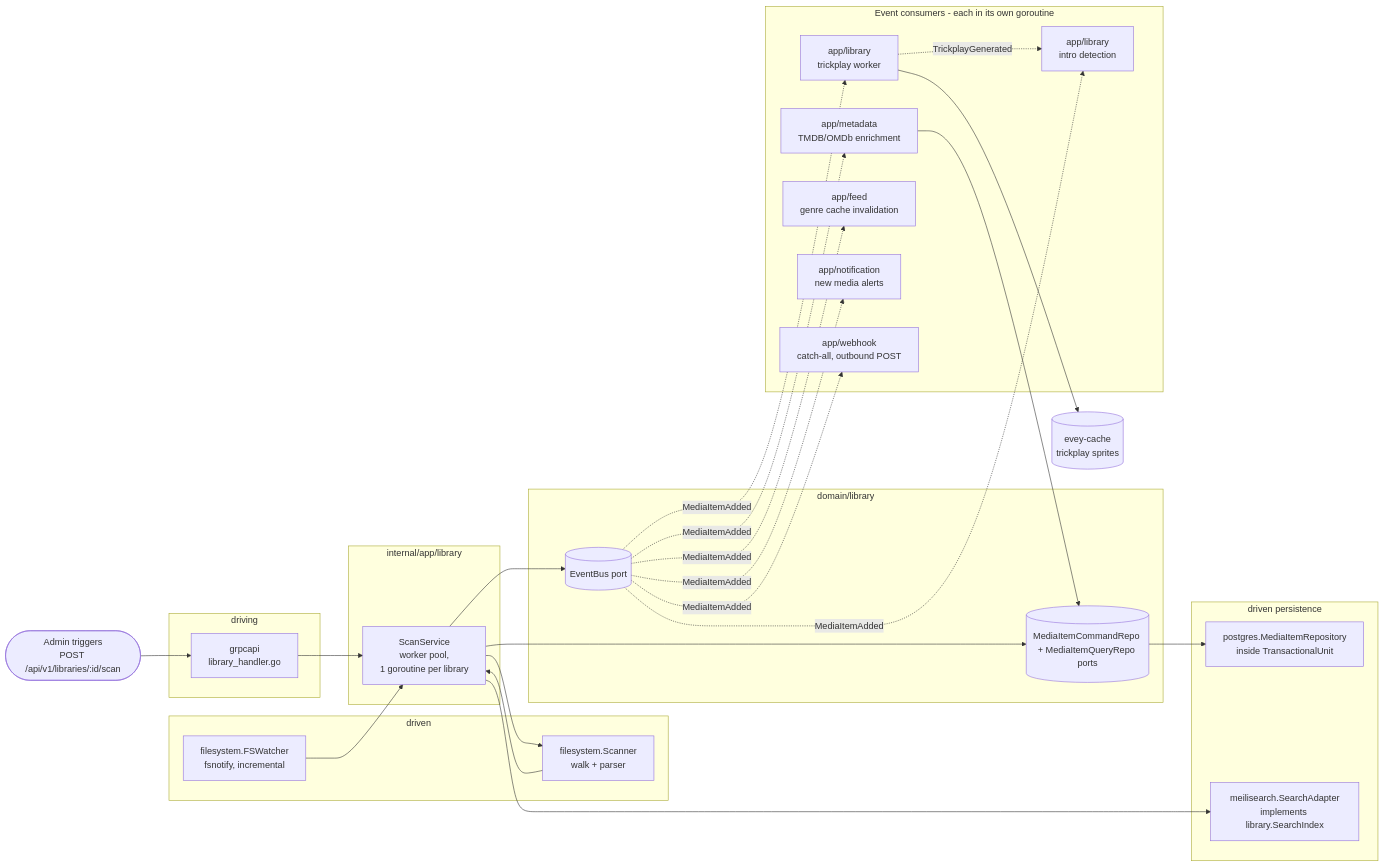
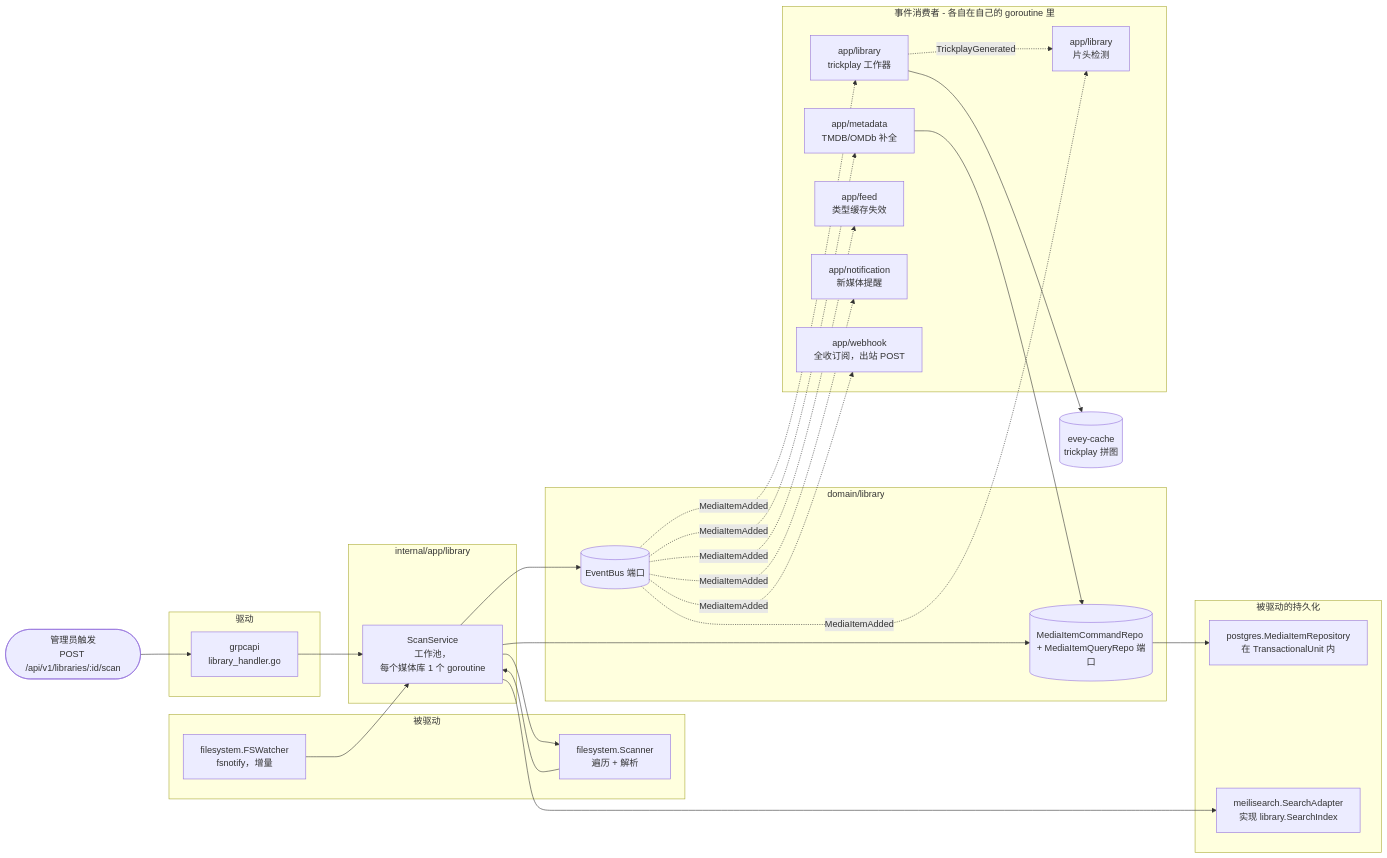
Before and after one commit to eveyproject/evey: the fifth of 5 diagrams in wiki/translations/zh/ARCHITECTURE.md, drawn with Mermaid. The commit also changed other lines of this file and 14 other files, not shown here.

````diff
--- a/wiki/translations/zh/ARCHITECTURE.md
+++ b/wiki/translations/zh/ARCHITECTURE.md
@@ -289,54 +327,54 @@
 ```mermaid
 flowchart LR
-    user([Admin triggers<br/>POST /api/v1/libraries/:id/scan])
+    user([管理员触发<br/>POST /api/v1/libraries/:id/scan])
 
-    subgraph driving2[driving]
+    subgraph driving2[驱动]
         h[grpcapi<br/>library_handler.go]
     end
 
     subgraph appLayer[internal/app/library]
-        svc[ScanService<br/>worker pool,<br/>1 goroutine per library]
+        svc[ScanService<br/>工作池，<br/>每个媒体库 1 个 goroutine]
     end
 
-    subgraph drivenScan[driven]
-        scanner[filesystem.Scanner<br/>walk + parser]
-        watcher[filesystem.FSWatcher<br/>fsnotify, incremental]
+    subgraph drivenScan[被驱动]
+        scanner[filesystem.Scanner<br/>遍历 + 解析]
+        watcher[filesystem.FSWatcher<br/>fsnotify，增量]
     end
 
     subgraph domainScan[domain/library]
-        repo[(MediaItemCommandRepo + MediaItemQueryRepo ports)]
-        bus[(EventBus port)]
+        repo[(MediaItemCommandRepo + MediaItemQueryRepo 端口)]
+        bus[(EventBus 端口)]
     end
 
-    subgraph persist[driven persistence]
-        pgrepo[postgres.MediaItemRepository<br/>inside TransactionalUnit]
-        searchidx[meilisearch.SearchAdapter<br/>implements library.SearchIndex]
+    subgraph persist[被驱动的持久化]
+        pgrepo[postgres.MediaItemRepository<br/>在 TransactionalUnit 内]
+        searchidx[meilisearch.SearchAdapter<br/>实现 library.SearchIndex]
     end
 
-    subgraph consumers[Event consumers - each in its own goroutine]
-        meta[app/metadata<br/>TMDB/OMDb enrichment]
-        trick[app/library<br/>trickplay worker]
-        intro[app/library<br/>intro detection]
-        feed[app/feed<br/>genre cache invalidation]
-        notif[app/notification<br/>new media alerts]
-        wh[app/webhook<br/>catch-all, outbound POST]
+    subgraph consumers[事件消费者 - 各自在自己的 goroutine 里]
+        meta[app/metadata<br/>TMDB/OMDb 补全]
+        trick[app/library<br/>trickplay 工作器]
+        intro[app/library<br/>片头检测]
+        feed[app/feed<br/>类型缓存失效]
+        notif[app/notification<br/>新媒体提醒]
+        wh[app/webhook<br/>全收订阅，出站 POST]
     end
 
     user --> h --> svc
     svc --> scanner
     watcher --> svc
     scanner --> svc
     svc --> repo
     repo --> pgrepo
     svc --> searchidx
     svc --> bus
     bus -. MediaItemAdded .-> meta
     bus -. MediaItemAdded .-> trick
     bus -. MediaItemAdded .-> intro
     bus -. MediaItemAdded .-> feed
     bus -. MediaItemAdded .-> notif
     bus -. MediaItemAdded .-> wh
     trick -. TrickplayGenerated .-> intro
     meta --> repo
-    trick --> ffstore[(evey-cache<br/>trickplay sprites)]
+    trick --> ffstore[(evey-cache<br/>trickplay 拼图)]
 ```
````
